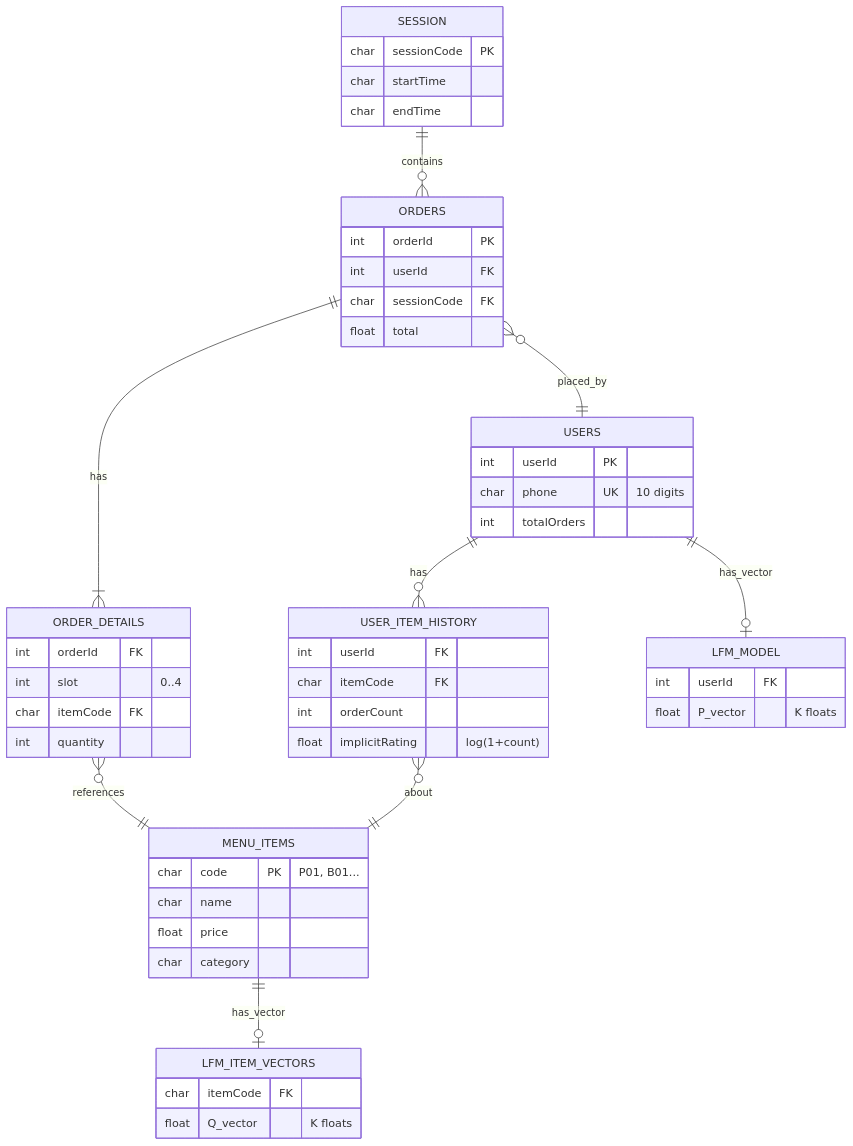
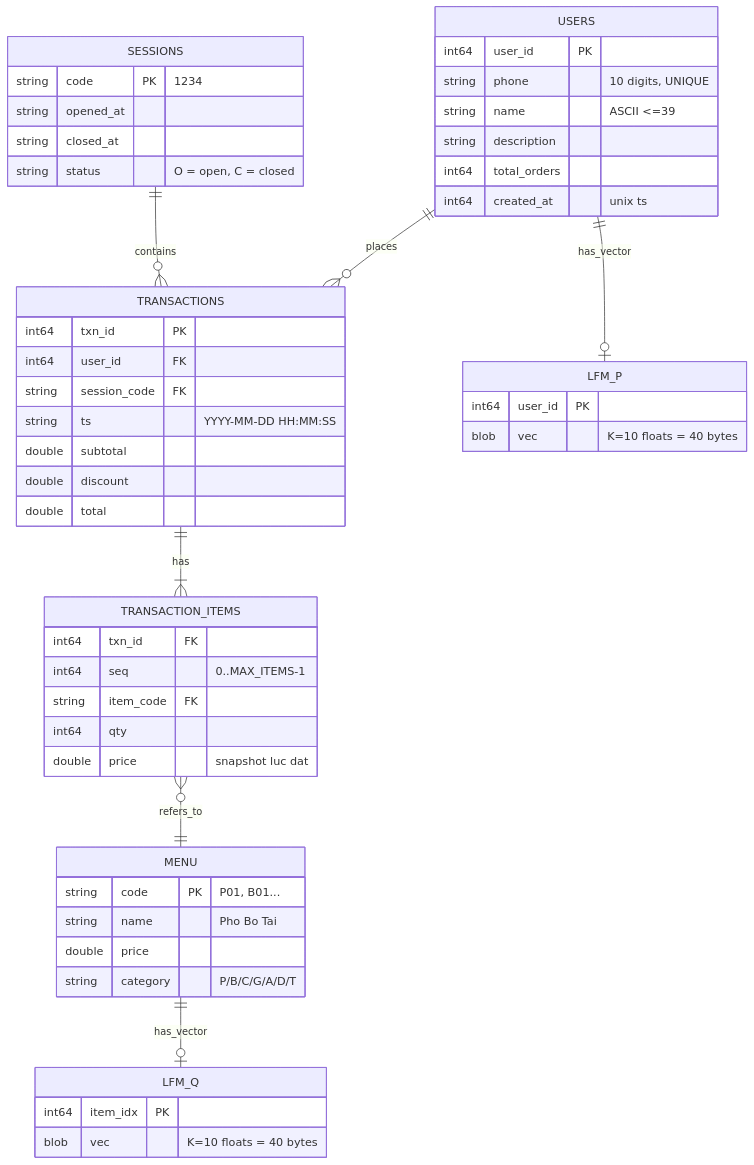
The first of 2 diagrams in .claude/knowledge/06-data-structures.md (qchien643/pbl1_recommendation_system_using_lantent_factor), drawn with Mermaid before and after one commit. The commit also changed other lines of this file and 126 other files, not shown here.

````diff
--- a/.claude/knowledge/06-data-structures.md
+++ b/.claude/knowledge/06-data-structures.md
@@ -127,54 +14,54 @@
 ```mermaid
 erDiagram
-    MENU_ITEMS {
-        char code PK "P01, B01..."
-        char name
-        float price
-        char category
+    USERS {
+        int64 user_id PK
+        string phone "10 digits, UNIQUE"
+        string name "ASCII <=39"
+        string description
+        int64 total_orders
+        int64 created_at "unix ts"
     }
-    USERS {
-        int userId PK
-        char phone UK "10 digits"
-        int totalOrders
+    MENU {
+        string code PK "P01, B01..."
+        string name "Pho Bo Tai"
+        double price
+        string category "P/B/C/G/A/D/T"
     }
-    USER_ITEM_HISTORY {
-        int userId FK
-        char itemCode FK
-        int orderCount
-        float implicitRating "log(1+count)"
+    TRANSACTIONS {
+        int64 txn_id PK
+        int64 user_id FK
+        string session_code FK
+        string ts "YYYY-MM-DD HH:MM:SS"
+        double subtotal
+        double discount
+        double total
     }
-    SESSION {
-        char sessionCode PK
-        char startTime
-        char endTime
+    TRANSACTION_ITEMS {
+        int64 txn_id FK
+        int64 seq "0..MAX_ITEMS-1"
+        string item_code FK
+        int64 qty
+        double price "snapshot luc dat"
     }
-    ORDERS {
-        int orderId PK
-        int userId FK
-        char sessionCode FK
-        float total
+    LFM_P {
+        int64 user_id PK
+        blob vec "K=10 floats = 40 bytes"
     }
-    ORDER_DETAILS {
-        int orderId FK
-        int slot "0..4"
-        char itemCode FK
-        int quantity
+    LFM_Q {
+        int64 item_idx PK
+        blob vec "K=10 floats = 40 bytes"
     }
-    LFM_MODEL {
-        int userId FK
-        float P_vector "K floats"
-    }
-    LFM_ITEM_VECTORS {
-        char itemCode FK
-        float Q_vector "K floats"
+    SESSIONS {
+        string code PK "1234"
+        string opened_at
+        string closed_at
+        string status "O = open, C = closed"
     }
 
-    SESSION ||--o{ ORDERS : contains
-    ORDERS ||--|{ ORDER_DETAILS : has
-    ORDER_DETAILS }o--|| MENU_ITEMS : references
-    ORDERS }o--|| USERS : placed_by
-    USERS ||--o{ USER_ITEM_HISTORY : has
-    USER_ITEM_HISTORY }o--|| MENU_ITEMS : about
-    USERS ||--o| LFM_MODEL : has_vector
-    MENU_ITEMS ||--o| LFM_ITEM_VECTORS : has_vector
+    USERS ||--o{ TRANSACTIONS : places
+    SESSIONS ||--o{ TRANSACTIONS : contains
+    TRANSACTIONS ||--|{ TRANSACTION_ITEMS : has
+    TRANSACTION_ITEMS }o--|| MENU : refers_to
+    USERS ||--o| LFM_P : has_vector
+    MENU ||--o| LFM_Q : has_vector
 ```
````
